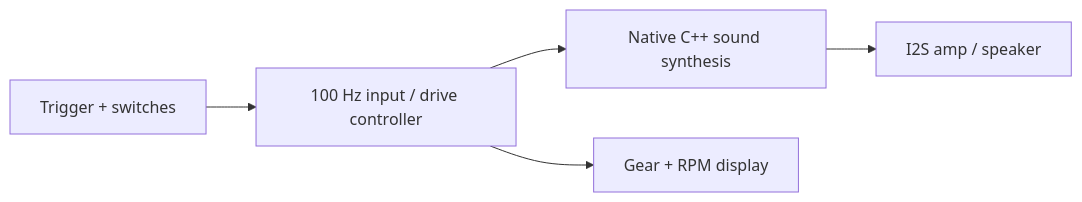
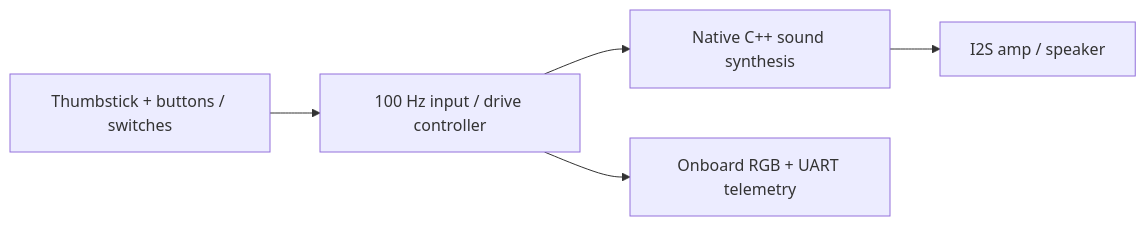
One commit to Lukeelston/ignition changed the diagram in docs/handheld.md. Above: the diagram before and after it, drawn with Mermaid. The commit also changed other lines of this file and 8 other files, not shown here.

````diff
--- a/docs/handheld.md
+++ b/docs/handheld.md
@@ -49,7 +49,7 @@
 ```mermaid
 flowchart LR
-  A[Trigger + switches] --> B[100 Hz input / drive controller]
+  A[Thumbstick + buttons / switches] --> B[100 Hz input / drive controller]
   B --> C[Native C++ sound synthesis]
-  B --> E[Gear + RPM display]
+  B --> E[Onboard RGB + UART telemetry]
   C --> D[I2S amp / speaker]
 ```
````
